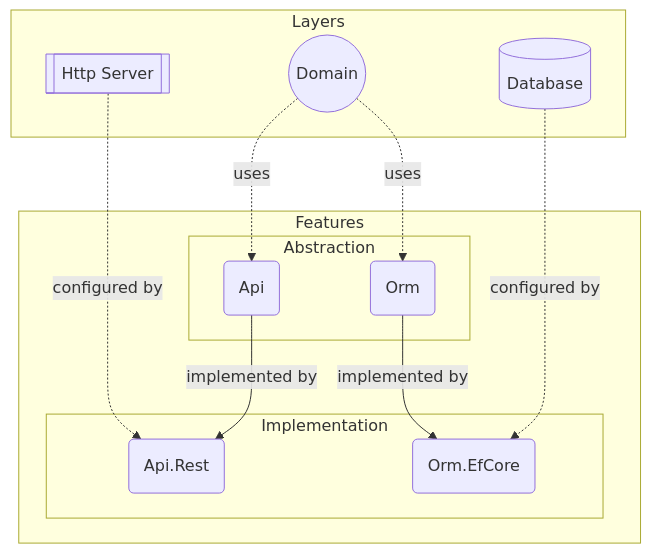
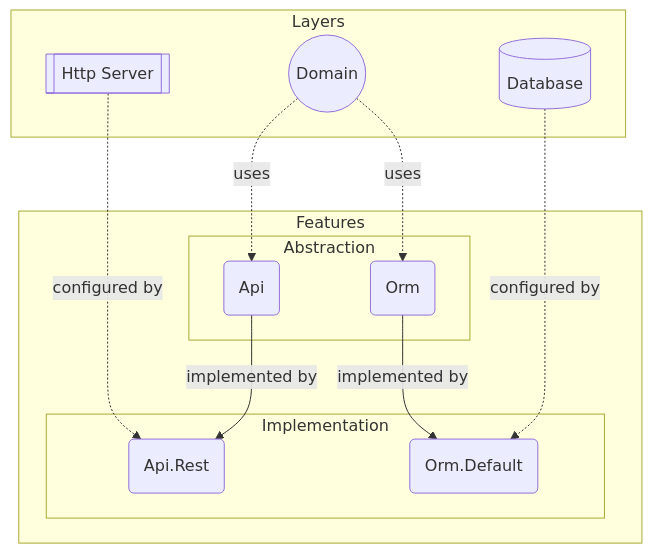
The fourth of 4 diagrams in docs/architecture/README.md (mouseless/baked), drawn with Mermaid before and after one commit. The commit also changed other lines of this file and 6 other files, not shown here.

````diff
--- a/docs/architecture/README.md
+++ b/docs/architecture/README.md
@@ -143,27 +142,27 @@
 ```mermaid
 flowchart TB
   subgraph Layers
     HS[[Http Server]]
     D((Domain))
     DB[(Database)]
   end
 
   subgraph Features
     subgraph Abstraction
       A(Api)
       O(Orm)
     end
 
     subgraph Implementation
       AR(Api.Rest)
-      OE(Orm.EfCore)
+      OD(Orm.Default)
     end
   end
 
   HS -.configured by.-> AR
   A --implemented by--> AR
   D -.uses.-> A
   D -.uses.-> O
-  O --implemented by--> OE
-  DB -.configured by.-> OE
+  O --implemented by--> OD
+  DB -.configured by.-> OD
 ```
````
